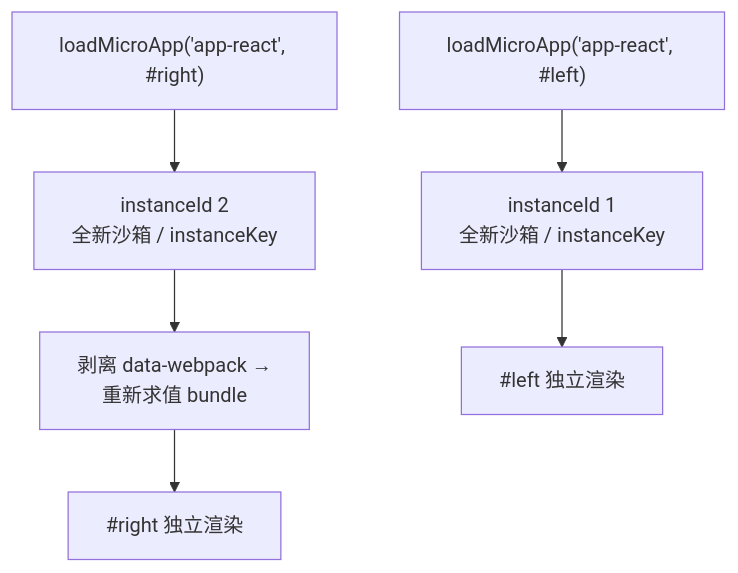
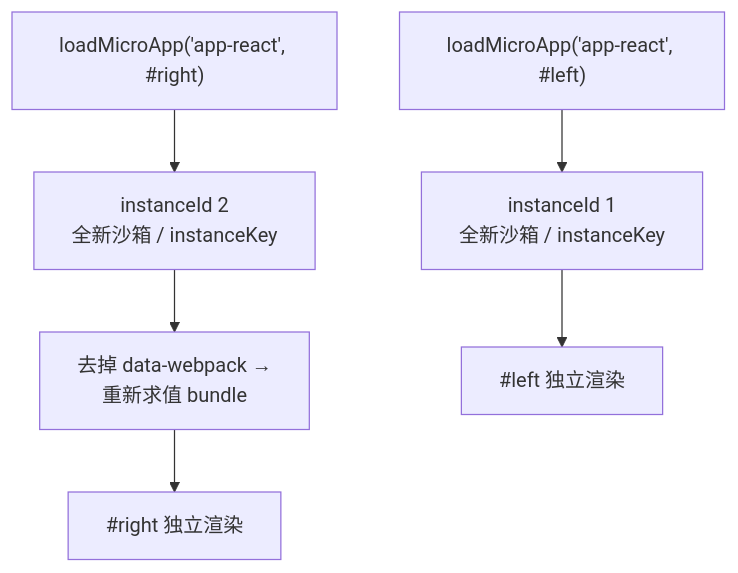
Before and after one commit to umijs/qiankun: the diagram in docs/zh-CN/cookbook/run-multiple-instances.md, drawn with Mermaid. The commit also changed other lines of this file and 63 other files, not shown here.

````diff
--- a/docs/zh-CN/cookbook/run-multiple-instances.md
+++ b/docs/zh-CN/cookbook/run-multiple-instances.md
@@ -90,8 +90,8 @@
 ```mermaid
 flowchart TD
   A["loadMicroApp('app-react', #left)"] --> B["instanceId 1<br/>全新沙箱 / instanceKey"]
   C["loadMicroApp('app-react', #right)"] --> D["instanceId 2<br/>全新沙箱 / instanceKey"]
-  D --> E["剥离 data-webpack →<br/>重新求值 bundle"]
+  D --> E["去掉 data-webpack →<br/>重新求值 bundle"]
   B --> F["#left 独立渲染"]
   E --> G["#right 独立渲染"]
 ```
````
